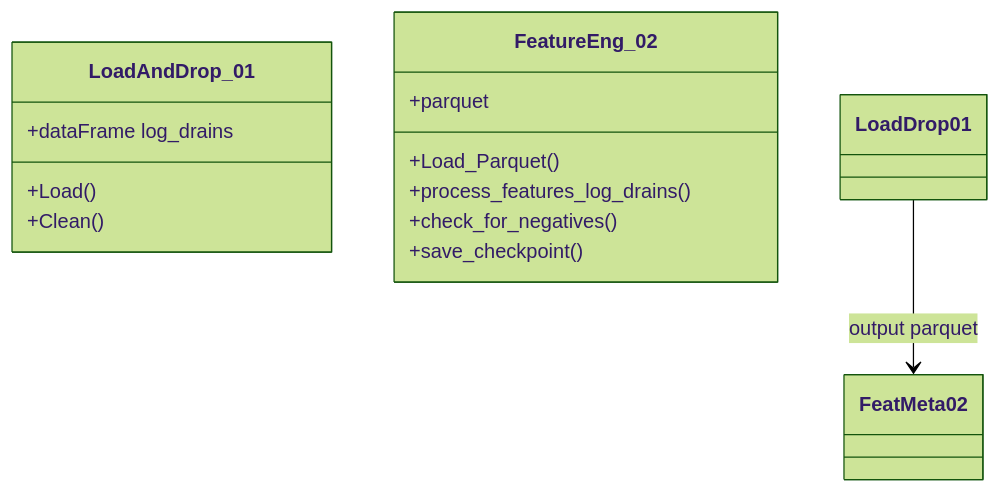
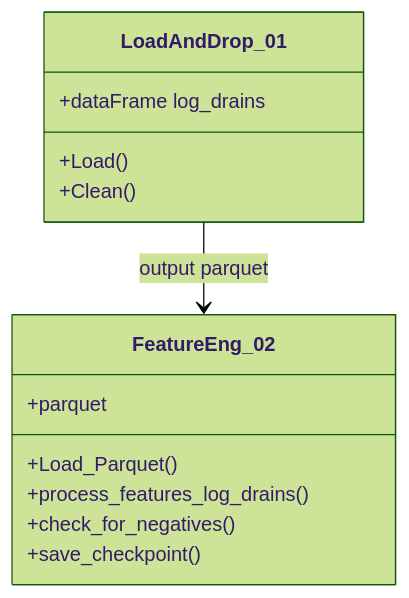
One commit to Groltjor/LogHound changed the diagram in src/utils/build/README.MD. Above: the diagram before and after it, drawn with Mermaid (forest theme).

Commit message:
update breve de mermaid update de nuevo parte 2

````diff
--- a/src/utils/build/README.MD
+++ b/src/utils/build/README.MD
@@ -3,18 +3,18 @@
 ```mermaid
 classDiagram
     class LoadAndDrop_01 {
         +dataFrame log_drains
         +Load()
         +Clean()
     }
 
     class FeatureEng_02 {
         +parquet
         +Load_Parquet()
         +process_features_log_drains()
         +check_for_negatives()
         +save_checkpoint()
     }
 
-    LoadDrop01 --> FeatMeta02 : output parquet
+    LoadAndDrop_01 --> FeatureEng_02 : output parquet
 ```
````
